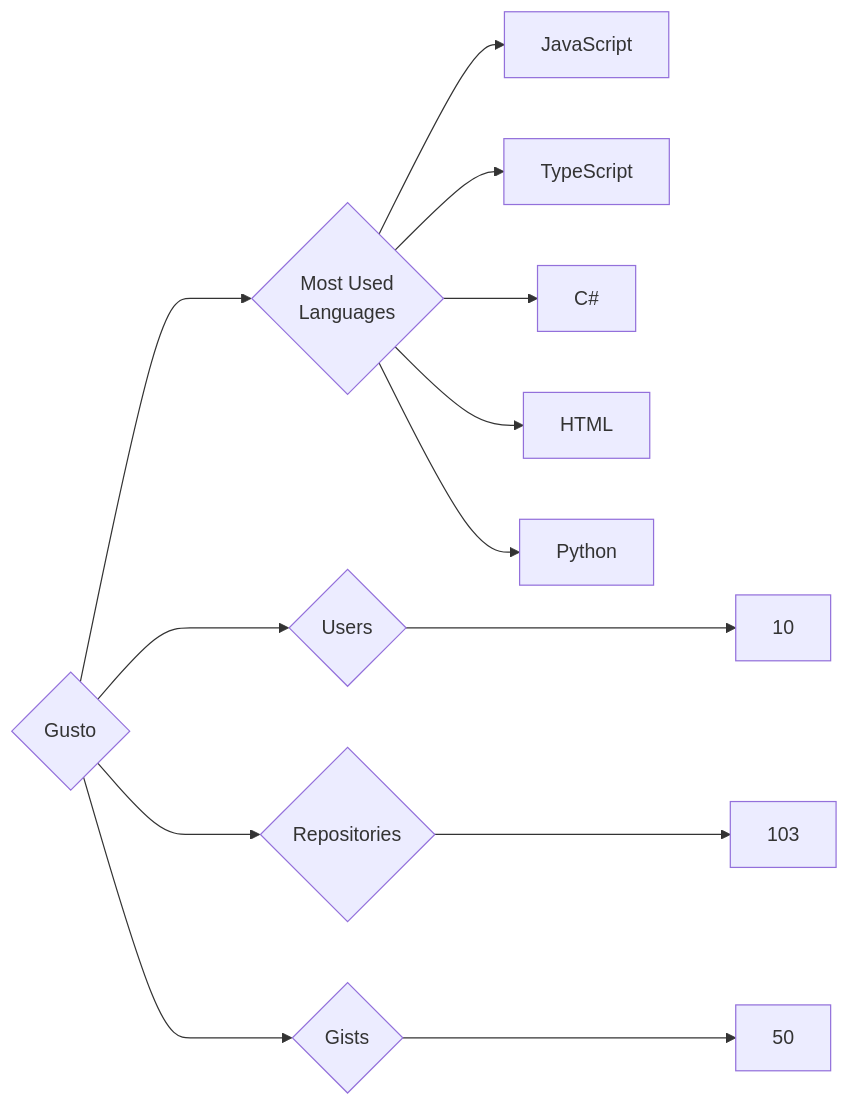
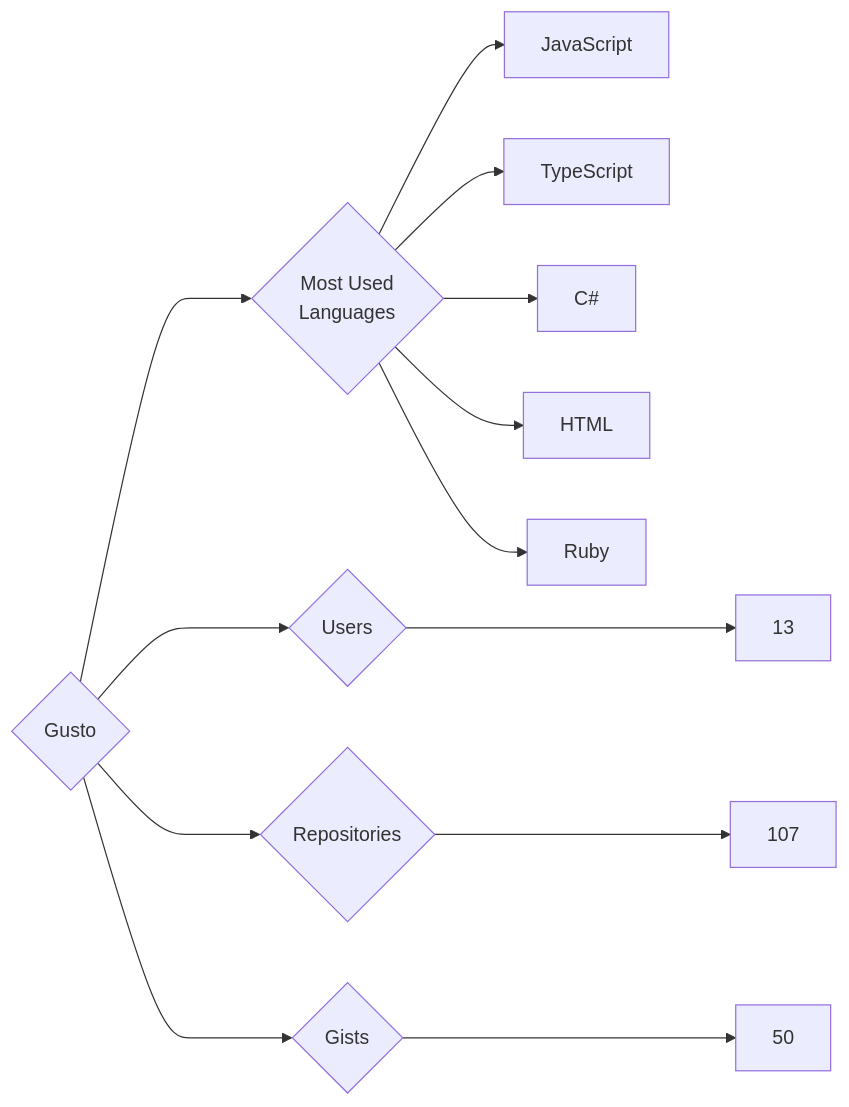
One commit to trickest/insiders changed the diagram in targets/Gusto/README.md. Above: the diagram before and after it, drawn with Mermaid. The commit also changed 569 other files, not shown here.

````diff
--- a/targets/Gusto/README.md
+++ b/targets/Gusto/README.md
@@ -3,13 +3,13 @@
 ```mermaid
 graph LR
 COMPANY_NAME{Gusto}
-COMPANY_NAME ---> U{Users} ---> UN[10]
-COMPANY_NAME ---> R{Repositories} ---> RN[103]
+COMPANY_NAME ---> U{Users} ---> UN[13]
+COMPANY_NAME ---> R{Repositories} ---> RN[107]
 COMPANY_NAME ---> G{Gists} ---> GN[50]
 COMPANY_NAME ---> ML{Most Used<br>Languages}
 ML --> JavaScript[JavaScript]
 ML --> TypeScript[TypeScript]
 ML --> C#[C#]
 ML --> HTML[HTML]
-ML --> Python[Python]
+ML --> Ruby[Ruby]
 ```
````
